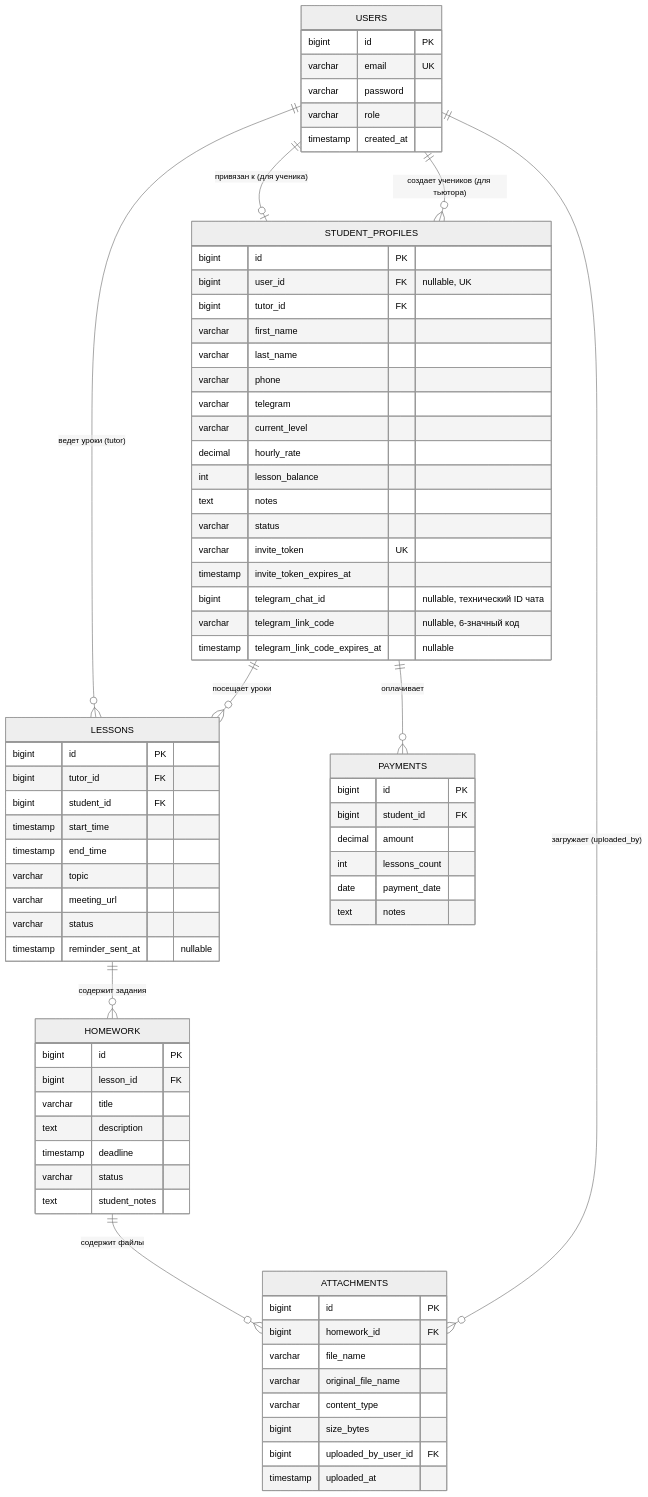
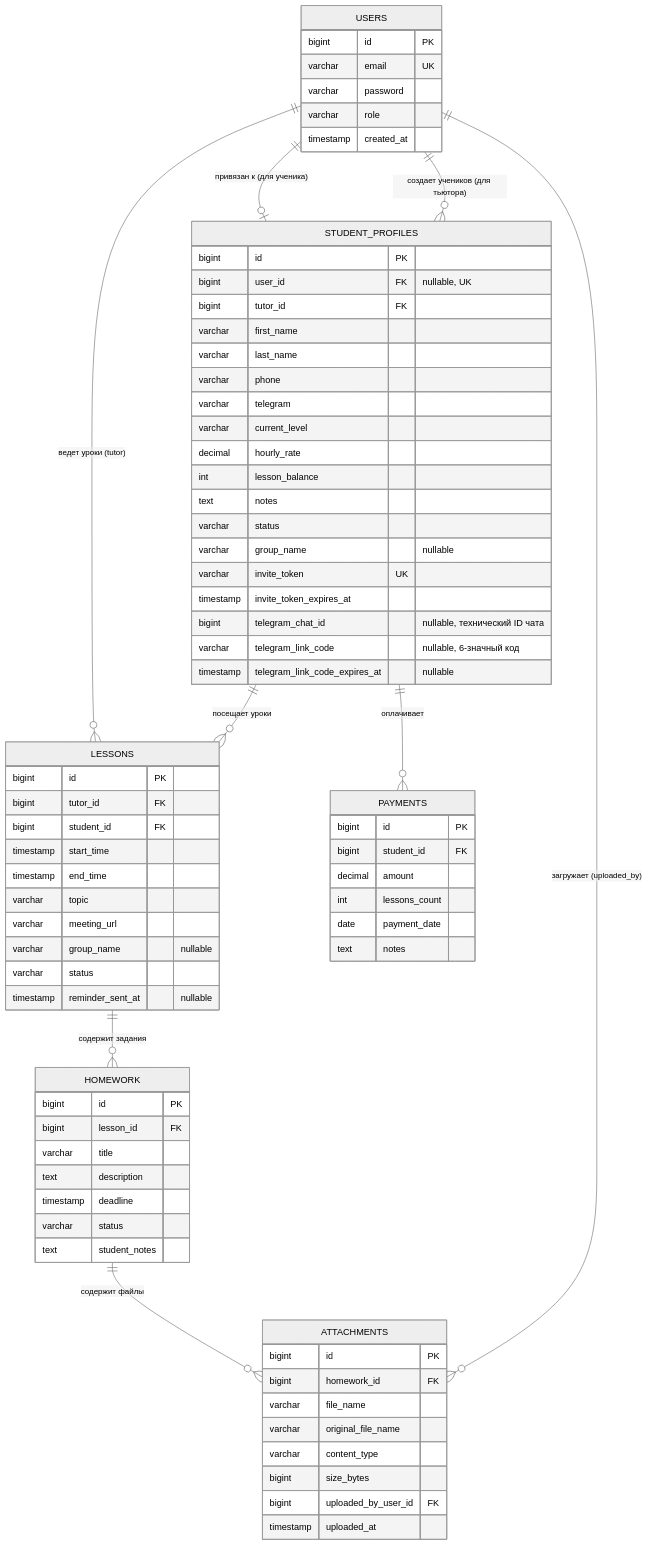
The first of 3 diagrams in README.md (alisher228-afk/CrmForTutor), drawn with Mermaid (neutral theme) before and after one commit. The commit also changed other lines of this file, not shown here.

Commit message:
docs: update backend README with Studly CRM, TMA auth, group lessons, notifications and stats

```diff
--- a/README.md
+++ b/README.md
@@ -89,6 +97,7 @@
         int lesson_balance
         text notes
         varchar status
+        varchar group_name "nullable"
         varchar invite_token UK
         timestamp invite_token_expires_at
         bigint telegram_chat_id "nullable, технический ID чата"
@@ -104,6 +113,7 @@
         timestamp end_time
         varchar topic
         varchar meeting_url
+        varchar group_name "nullable"
         varchar status
         timestamp reminder_sent_at "nullable"
     }
```
